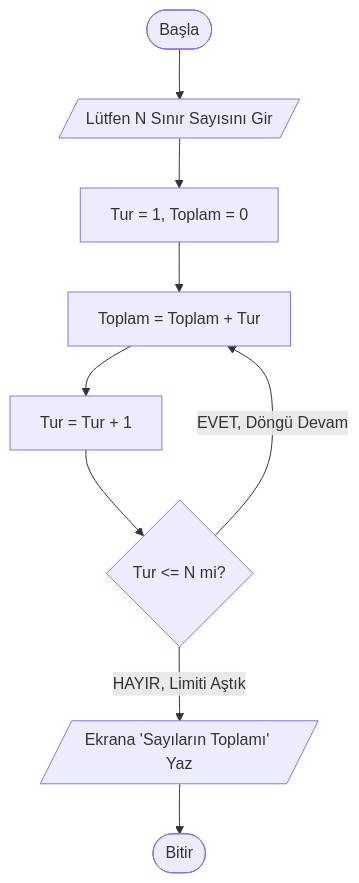
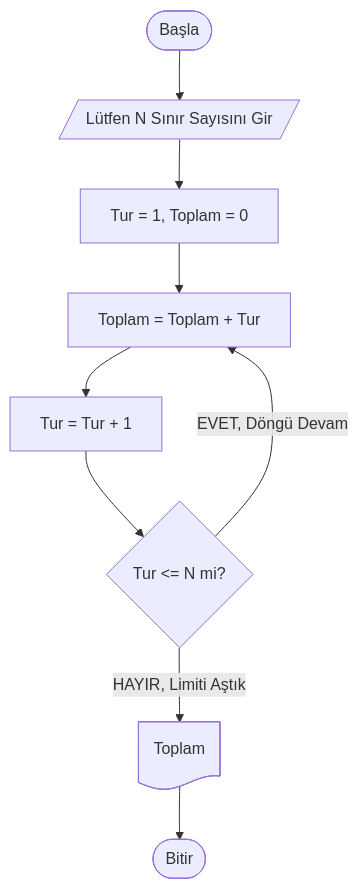
One commit to ibrahimayaz/Algoritma-ve-Programlamaya-Giris changed the second of 3 diagrams in Hafta_05_Akis_Diyagramlari_2.md. Above: the diagram before and after it, drawn with Mermaid. The commit also changed other lines of this file and 3 other files, not shown here.

````diff
--- a/Hafta_05_Akis_Diyagramlari_2.md
+++ b/Hafta_05_Akis_Diyagramlari_2.md
@@ -67,13 +67,13 @@
 ```mermaid
 graph TD
     A([Başla]) --> B[/Lütfen N Sınır Sayısını Gir/]
     B --> C[Tur = 1, Toplam = 0]
     C --> D[Toplam = Toplam + Tur]
     D --> E[Tur = Tur + 1]
     E --> F{Tur <= N mi?}
     
     F -- EVET, Döngü Devam --> D
-    F -- HAYIR, Limiti Aştık --> G[/Ekrana 'Sayıların Toplamı' Yaz/]
+    F -- HAYIR, Limiti Aştık --> G@{ shape: doc, label: "Toplam" }
     
     G --> H([Bitir])
 ```
````
